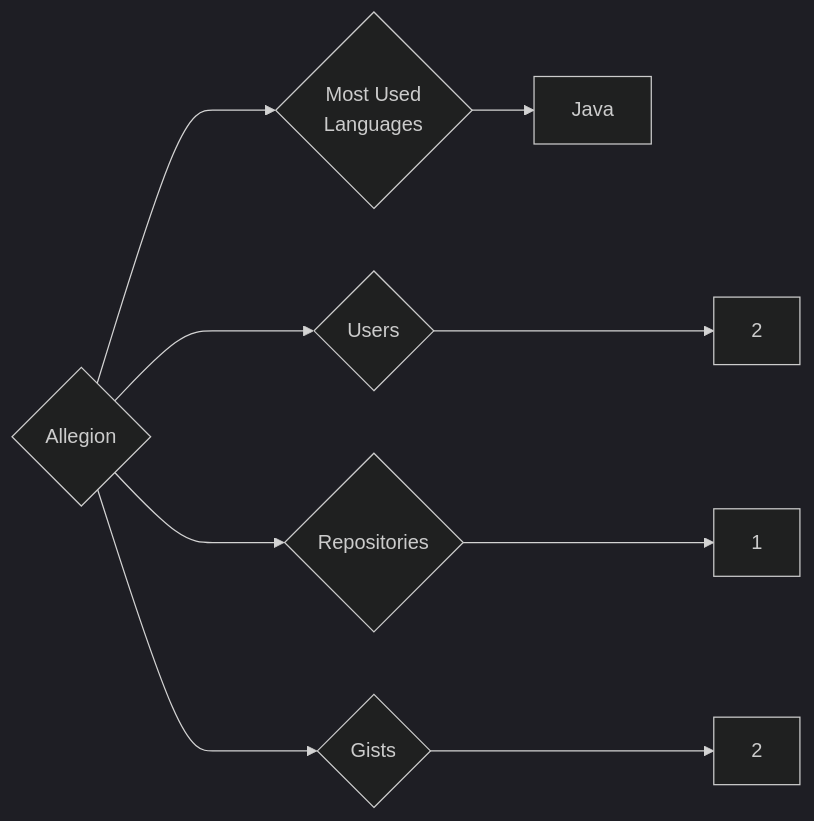
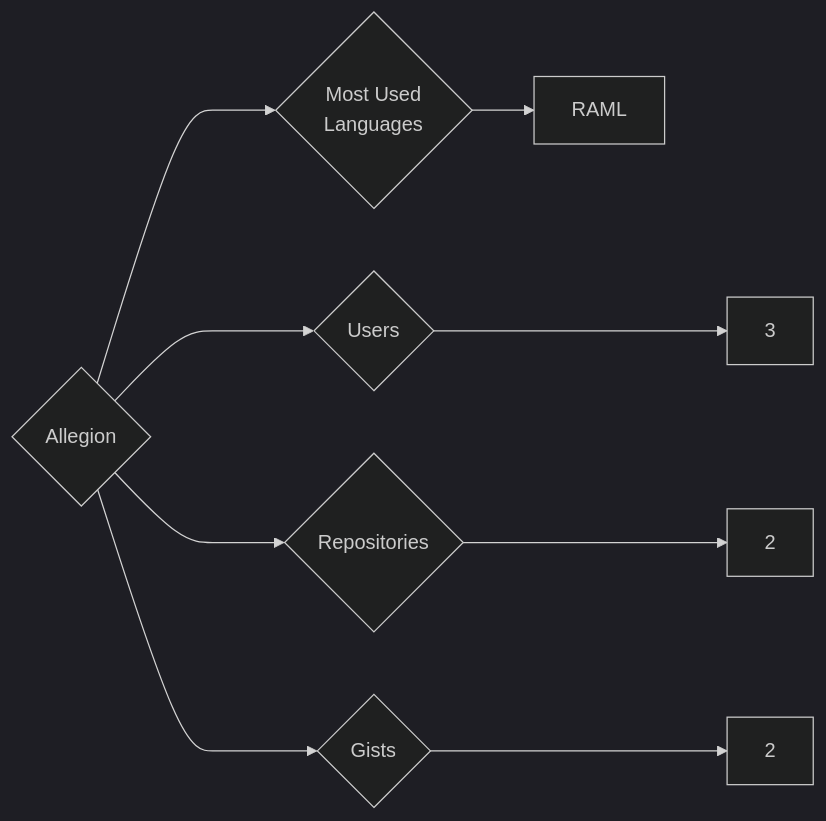
The diagram in targets/Allegion/README.md (trickest/insiders), drawn with Mermaid (dark theme) before and after one commit. The commit also changed 988 other files, not shown here.

````diff
--- a/targets/Allegion/README.md
+++ b/targets/Allegion/README.md
@@ -3,9 +3,9 @@
 ```mermaid
 graph LR
 COMPANY_NAME{Allegion}
-COMPANY_NAME ---> U{Users} ---> UN[2]
-COMPANY_NAME ---> R{Repositories} ---> RN[1]
+COMPANY_NAME ---> U{Users} ---> UN[3]
+COMPANY_NAME ---> R{Repositories} ---> RN[2]
 COMPANY_NAME ---> G{Gists} ---> GN[2]
 COMPANY_NAME ---> ML{Most Used<br>Languages}
-ML --> Java[Java]
+ML --> RAML[RAML]
 ```
````
